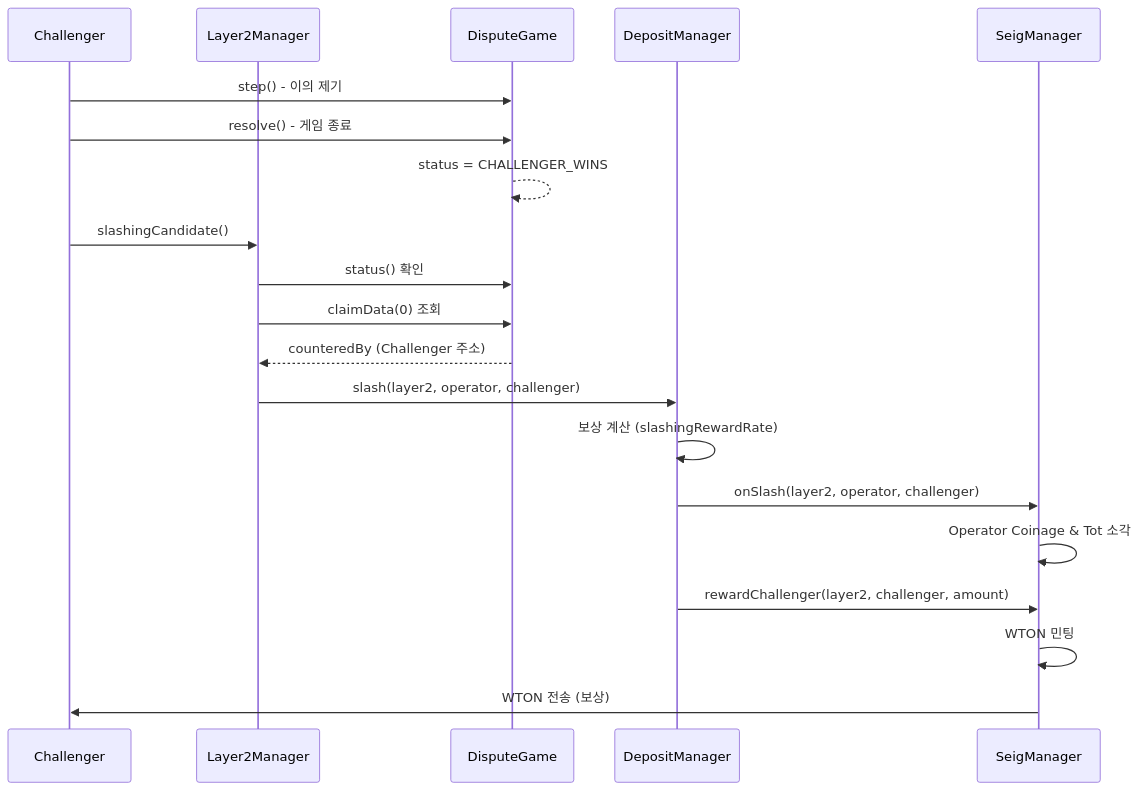
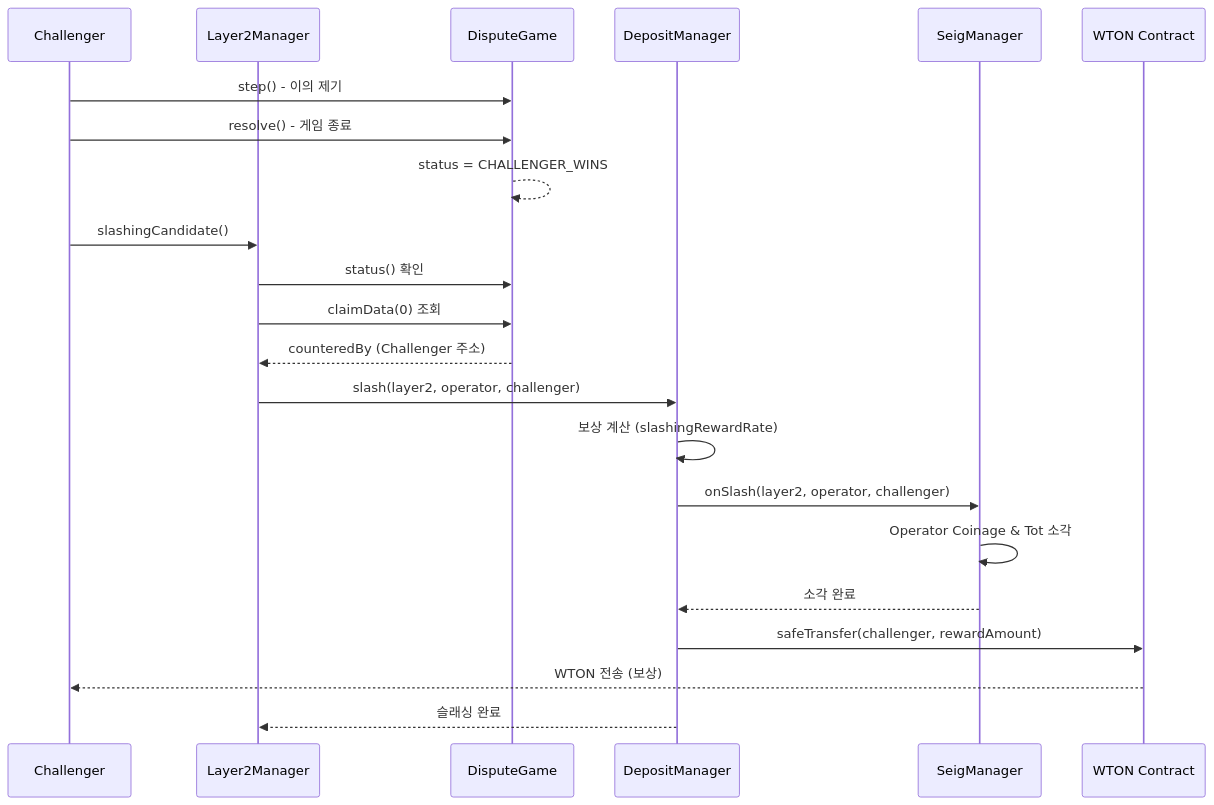
The diagram in docs/SlashingMechanism.md (tokamak-network/ton-staking-v2), drawn with Mermaid before and after one commit. The commit also changed other lines of this file, not shown here.

````diff
--- a/docs/SlashingMechanism.md
+++ b/docs/SlashingMechanism.md
@@ -267,26 +255,28 @@
 ```mermaid
 sequenceDiagram
     participant C as Challenger
     participant L2M as Layer2Manager
     participant DG as DisputeGame
     participant DM as DepositManager
     participant SM as SeigManager
+    participant WTON as WTON Contract
     
     C->>DG: step() - 이의 제기
     C->>DG: resolve() - 게임 종료
     DG-->>DG: status = CHALLENGER_WINS
     
     C->>L2M: slashingCandidate()
     L2M->>DG: status() 확인
     L2M->>DG: claimData(0) 조회
     DG-->>L2M: counteredBy (Challenger 주소)
     
     L2M->>DM: slash(layer2, operator, challenger)
     DM->>DM: 보상 계산 (slashingRewardRate)
     DM->>SM: onSlash(layer2, operator, challenger)
     SM->>SM: Operator Coinage & Tot 소각
+    SM-->>DM: 소각 완료
     
-    DM->>SM: rewardChallenger(layer2, challenger, amount)
-    SM->>SM: WTON 민팅
-    SM->>C: WTON 전송 (보상)
+    DM->>WTON: safeTransfer(challenger, rewardAmount)
+    WTON-->>C: WTON 전송 (보상)
+    DM-->>L2M: 슬래싱 완료
 ```
````
